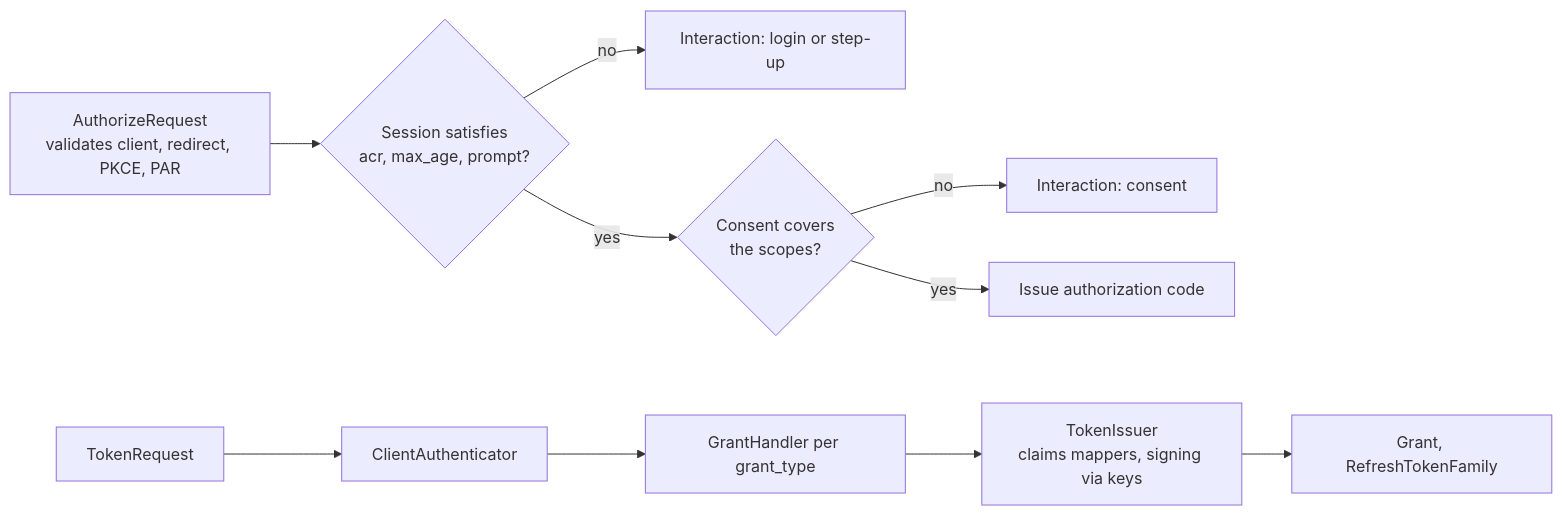
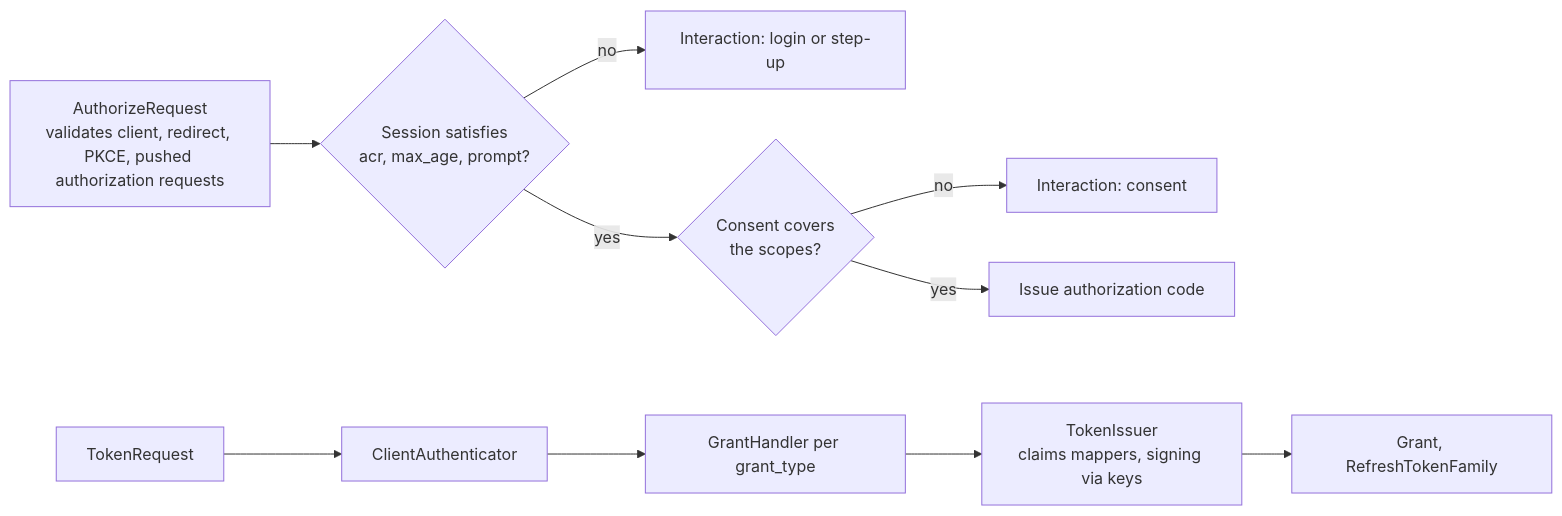
The fifth of 5 diagrams in docs/architecture/overview.md (ortisun/hodor), drawn with Mermaid before and after one commit. The commit also changed other lines of this file and 48 other files, not shown here.

````diff
--- a/docs/architecture/overview.md
+++ b/docs/architecture/overview.md
@@ -179,12 +179,12 @@
 ```mermaid
 flowchart LR
-    authz["AuthorizeRequest<br/>validates client, redirect, PKCE, PAR"] --> login{"Session satisfies<br/>acr, max_age, prompt?"}
-    login -- no --> inter["Interaction: login or step-up"]
+    authorizeRequest["AuthorizeRequest<br/>validates client, redirect, PKCE, pushed authorization requests"] --> login{"Session satisfies<br/>acr, max_age, prompt?"}
+    login -- no --> interaction["Interaction: login or step-up"]
     login -- yes --> consent{"Consent covers<br/>the scopes?"}
-    consent -- no --> cs["Interaction: consent"]
+    consent -- no --> consentScreen["Interaction: consent"]
     consent -- yes --> code["Issue authorization code"]
-    token["TokenRequest"] --> cauth["ClientAuthenticator"]
-    cauth --> grants["GrantHandler per grant_type"]
+    token["TokenRequest"] --> clientAuthenticator["ClientAuthenticator"]
+    clientAuthenticator --> grants["GrantHandler per grant_type"]
     grants --> issuer["TokenIssuer<br/>claims mappers, signing via keys"]
     issuer --> store["Grant, RefreshTokenFamily"]
 ```
````
